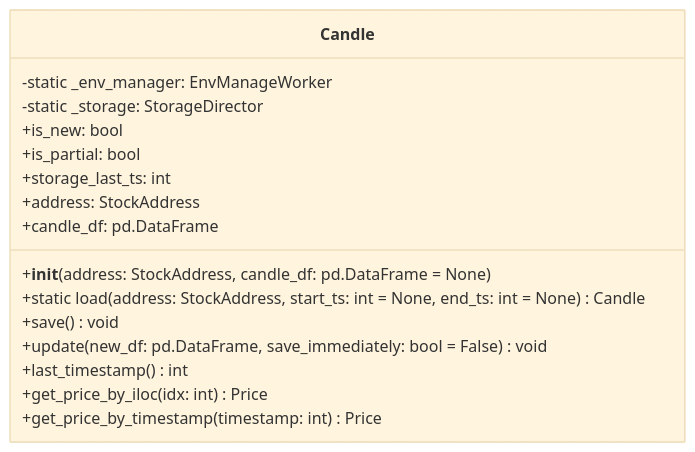
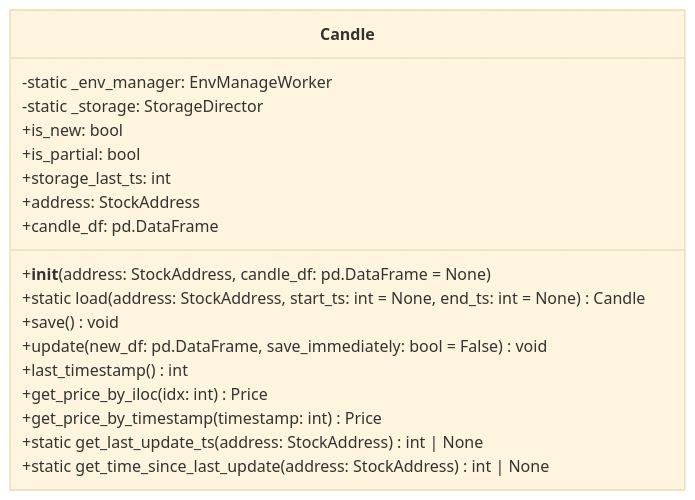
The second of 12 diagrams in packages/financial-assets/financial_assets/candle/Architecture.md (gatesplan/python-toolbox), drawn with Mermaid (base theme) before and after one commit. The commit also changed other lines of this file and 11 other files, not shown here.

````diff
--- a/packages/financial-assets/financial_assets/candle/Architecture.md
+++ b/packages/financial-assets/financial_assets/candle/Architecture.md
@@ -151,19 +162,21 @@
 ```mermaid
 classDiagram
     class Candle {
         -static _env_manager: EnvManageWorker
         -static _storage: StorageDirector
         +is_new: bool
         +is_partial: bool
         +storage_last_ts: int
         +address: StockAddress
         +candle_df: pd.DataFrame
         +__init__(address: StockAddress, candle_df: pd.DataFrame = None)
         +static load(address: StockAddress, start_ts: int = None, end_ts: int = None) Candle
         +save() void
         +update(new_df: pd.DataFrame, save_immediately: bool = False) void
         +last_timestamp() int
         +get_price_by_iloc(idx: int) Price
         +get_price_by_timestamp(timestamp: int) Price
+        +static get_last_update_ts(address: StockAddress) int | None
+        +static get_time_since_last_update(address: StockAddress) int | None
     }
 ```
````
